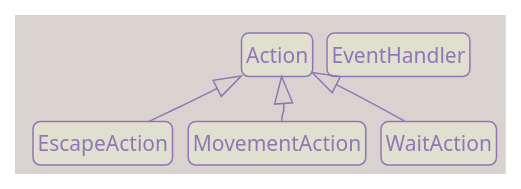
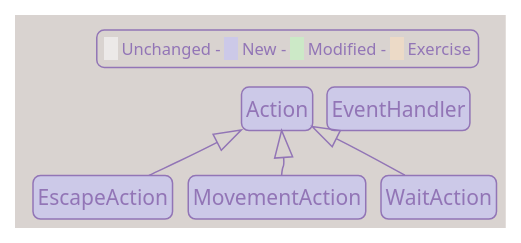
Before and after one commit to Darky-Lucera/roguelike-tutorial-python-tcod: the diagram in uml/part1_classes.puml, drawn with PlantUML. The commit also changed 64 other files, not shown here.

Commit message:
Improve class diagrams. Minor changes

```diff
--- a/uml/part1_classes.puml
+++ b/uml/part1_classes.puml
@@ -1,58 +1,63 @@
 @startuml classes
 
 !theme mimeograph
 
 top to bottom direction
 
 hide members
 
 hide circle
 
 skinparam roundcorner 10
+skinparam classBackgroundColor #ece9e8
 
 skinparam noteFontSize 10
 skinparam noteBorderThickness 1
 skinparam noteMargin 2
 skinparam notePadding 2
 
 skinparam nodesep 10
 skinparam ranksep 30
 
 set namespaceSeparator none
 
 '--------------------------------------
 ' Classes
 '--------------------------------------
 
-class "Action" as game.actions.Action #e0e0d0 {
+class "Action" as game.actions.Action #ccc9e8 {
 }
 
-class "EscapeAction" as game.actions.EscapeAction #e0e0d0 {
+class "EscapeAction" as game.actions.EscapeAction #ccc9e8 {
 }
 
-class "EventHandler" as game.input_handlers.EventHandler #e0e0d0 {
+class "EventHandler" as game.input_handlers.EventHandler #ccc9e8 {
 }
 
-class "MovementAction" as game.actions.MovementAction #e0e0d0 {
+class "MovementAction" as game.actions.MovementAction #ccc9e8 {
 }
 
-class "WaitAction" as game.actions.WaitAction #e0e0d0 {
+class "WaitAction" as game.actions.WaitAction #ccc9e8 {
 }
 
 '--------------------------------------
 ' Relations
 '--------------------------------------
 
 game.actions.EscapeAction --|> game.actions.Action
 game.actions.MovementAction --|> game.actions.Action
 game.actions.WaitAction --|> game.actions.Action
 
 '--------------------------------------
 ' Order Rules
 '--------------------------------------
 
 game.actions.Action -[hidden]down- game.actions.MovementAction
 game.actions.Action -[hidden]down- game.actions.WaitAction
 game.actions.Action -[hidden]down- game.actions.EscapeAction
 
+legend top right
+<size:11><back:#ece9e8>   </back> Unchanged - <back:#ccc9e8>   </back> New - <back:#cce9c7>   </back> Modified - <back:#ecdac7>   </back> Exercise</size>
+endlegend
+
 @enduml
```
